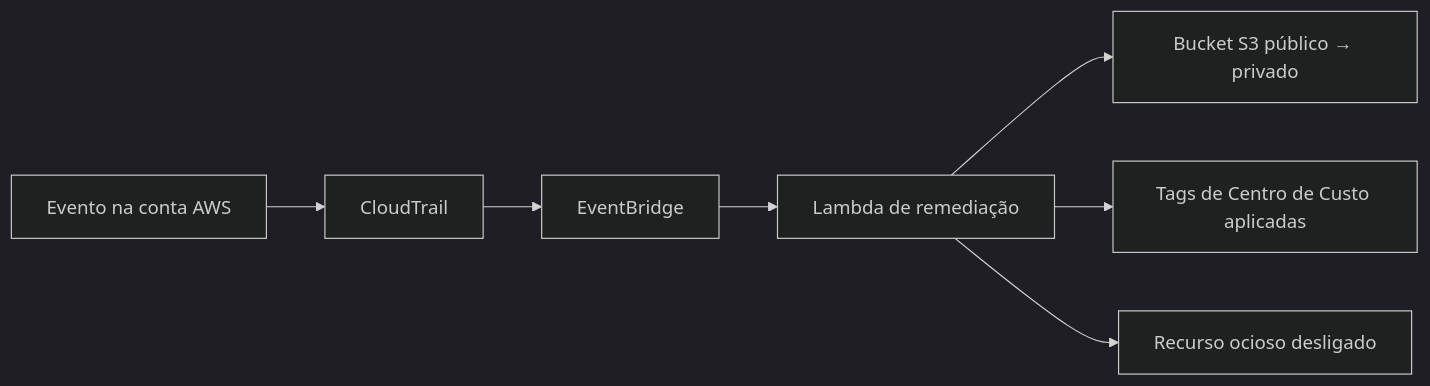
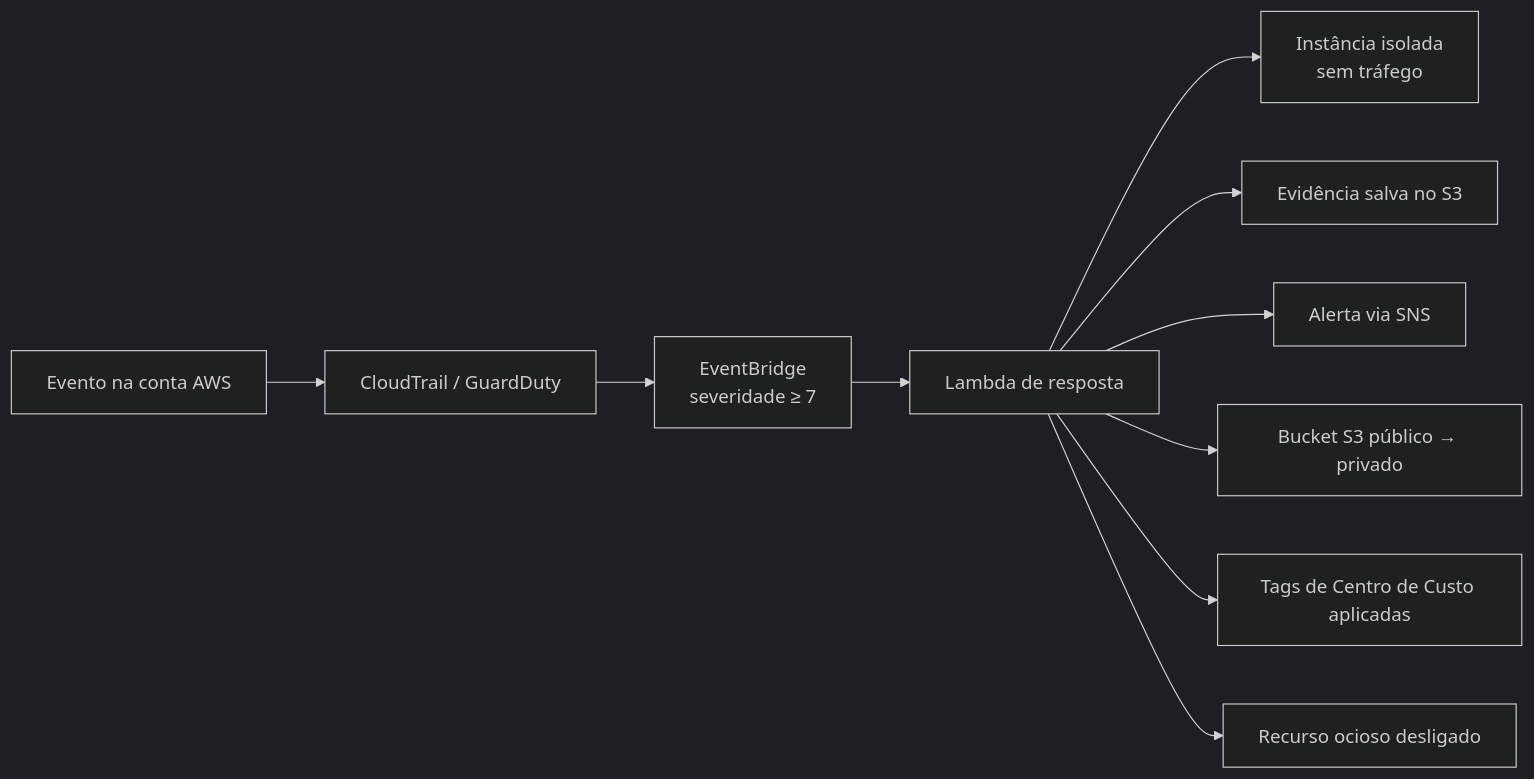
The diagram in README.md (kctxdev/Kctxdev), drawn with Mermaid before and after one commit. The commit also changed other lines of this file and 1 other file, not shown here.

````diff
--- a/README.md
+++ b/README.md
@@ -275,10 +305,13 @@
 ```mermaid
 %%{init: {'theme':'dark'}}%%
 flowchart LR
-    A[Evento na conta AWS] --> B[CloudTrail]
-    B --> C[EventBridge]
-    C --> D[Lambda de remediação]
-    D --> E[Bucket S3 público → privado]
-    D --> F[Tags de Centro de Custo aplicadas]
-    D --> G[Recurso ocioso desligado]
+    A[Evento na conta AWS] --> B[CloudTrail / GuardDuty]
+    B --> C[EventBridge<br/>severidade ≥ 7]
+    C --> D[Lambda de resposta]
+    D --> E[Instância isolada<br/>sem tráfego]
+    D --> F[Evidência salva no S3]
+    D --> G[Alerta via SNS]
+    D --> H[Bucket S3 público → privado]
+    D --> I[Tags de Centro de Custo aplicadas]
+    D --> J[Recurso ocioso desligado]
 ```
````
